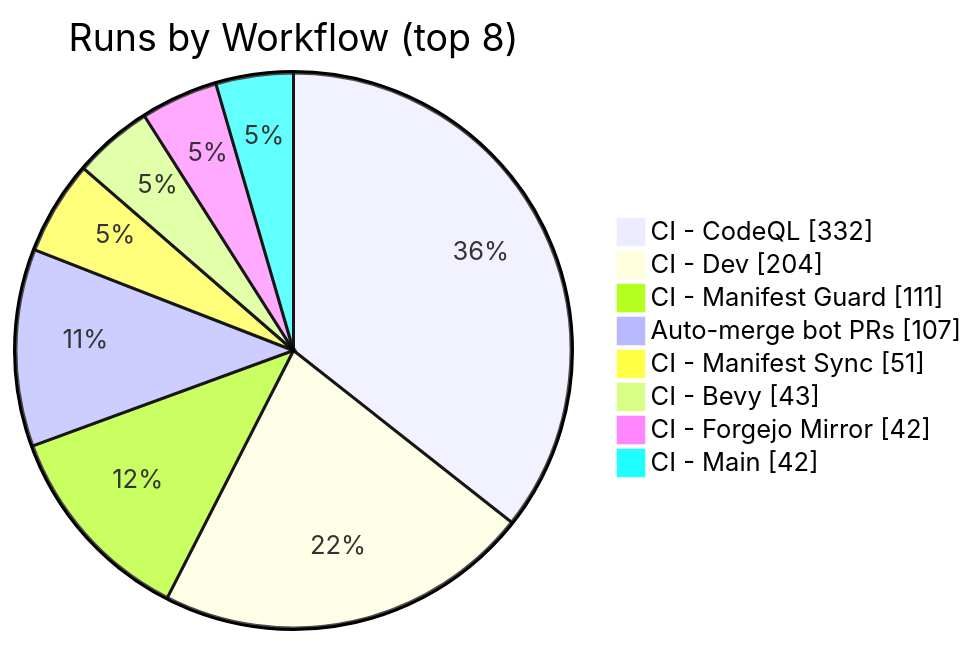
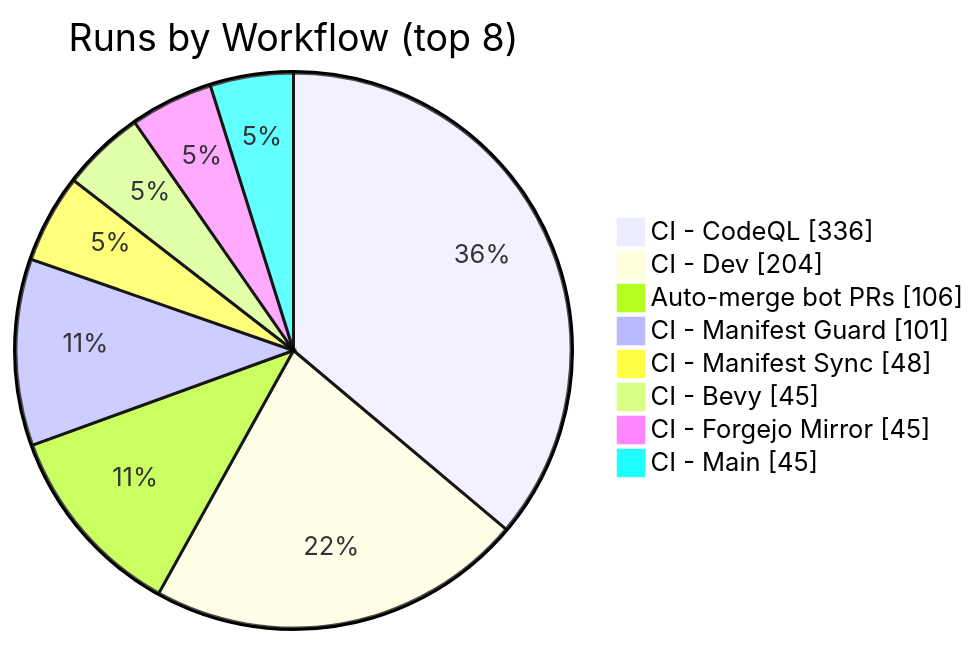
The second of 2 diagrams in apps/kbve/astro-kbve/src/content/docs/dashboard/ci-health.mdx (KBVE/kbve), drawn with Mermaid before and after one commit. The commit also changed other lines of this file and 1 other file, not shown here.

````diff
--- a/apps/kbve/astro-kbve/src/content/docs/dashboard/ci-health.mdx
+++ b/apps/kbve/astro-kbve/src/content/docs/dashboard/ci-health.mdx
@@ -200,12 +200,12 @@
 ```mermaid
 pie showData
     title Runs by Workflow (top 8)
-    "CI - CodeQL" : 332
+    "CI - CodeQL" : 336
     "CI - Dev" : 204
-    "CI - Manifest Guard" : 111
-    "Auto-merge bot PRs" : 107
-    "CI - Manifest Sync" : 51
-    "CI - Bevy" : 43
-    "CI - Forgejo Mirror" : 42
-    "CI - Main" : 42
+    "Auto-merge bot PRs" : 106
+    "CI - Manifest Guard" : 101
+    "CI - Manifest Sync" : 48
+    "CI - Bevy" : 45
+    "CI - Forgejo Mirror" : 45
+    "CI - Main" : 45
 ```
````
